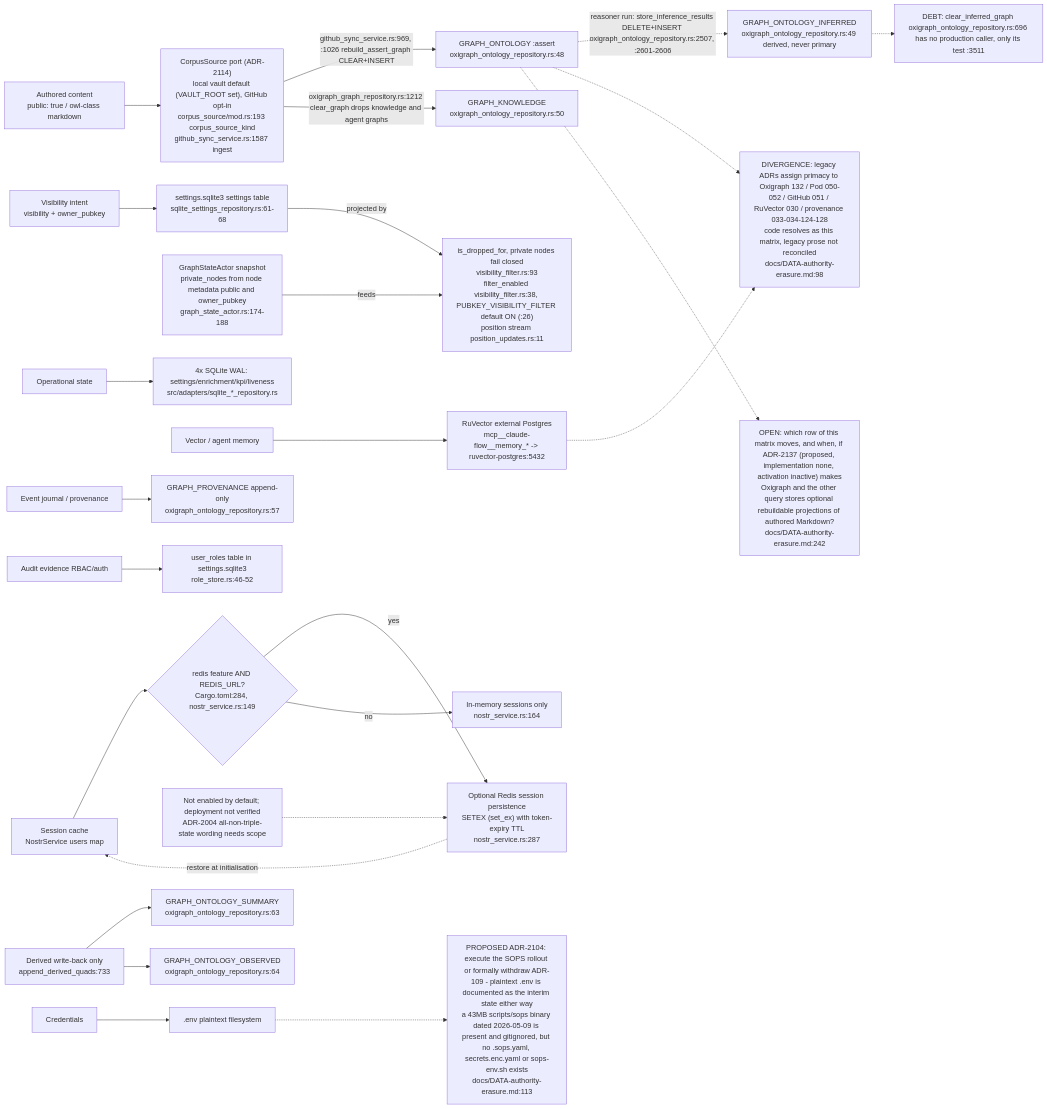
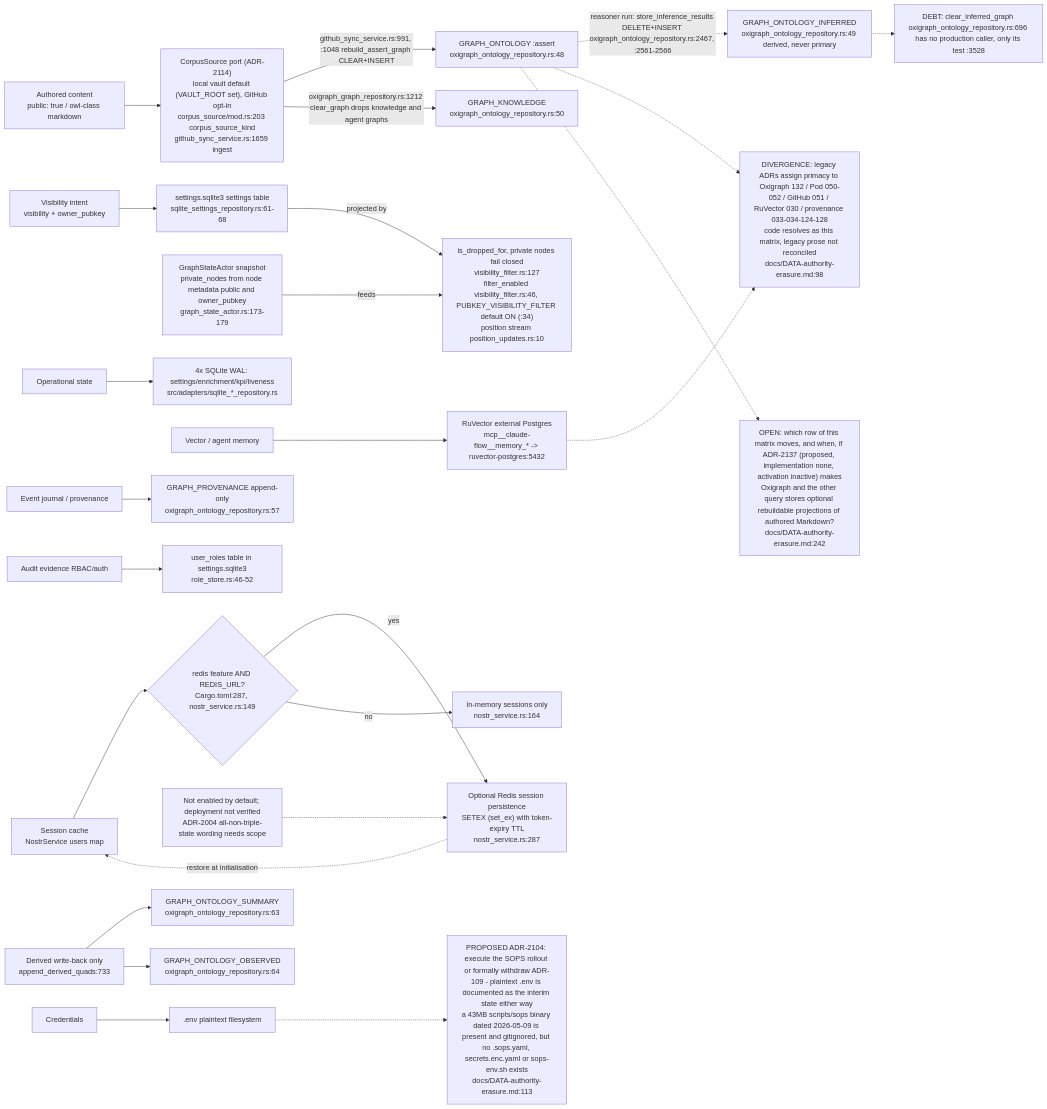
One commit to DreamLab-AI/VisionFlow changed the first of 13 diagrams in docs/diagrams/visionclaw/22-data-authority-provenance-erasure.md. Above: the diagram before and after it, drawn with Mermaid. The commit also changed other lines of this file and 56 other files, not shown here.

First line of the commit message:
docs(diagrams): re-verify VisionClaw topics at ec785afa9, add VC-19/56/57 and the VisionClaw register

````diff
--- a/docs/diagrams/visionclaw/22-data-authority-provenance-erasure.md
+++ b/docs/diagrams/visionclaw/22-data-authority-provenance-erasure.md
@@ -50,44 +62,44 @@
 ```mermaid
 flowchart LR
-    AuthContent["Authored content<br/>public: true / owl-class markdown"] --> CorpusSrc["CorpusSource port (ADR-2114)<br/>local vault default (VAULT_ROOT set), GitHub opt-in<br/>corpus_source/mod.rs:193 corpus_source_kind<br/>github_sync_service.rs:1587 ingest"]
-    CorpusSrc -->|"github_sync_service.rs:969, :1026 rebuild_assert_graph CLEAR+INSERT"| AssertGraph["GRAPH_ONTOLOGY :assert<br/>oxigraph_ontology_repository.rs:48"]
+    AuthContent["Authored content<br/>public: true / owl-class markdown"] --> CorpusSrc["CorpusSource port (ADR-2114)<br/>local vault default (VAULT_ROOT set), GitHub opt-in<br/>corpus_source/mod.rs:203 corpus_source_kind<br/>github_sync_service.rs:1659 ingest"]
+    CorpusSrc -->|"github_sync_service.rs:991, :1048 rebuild_assert_graph CLEAR+INSERT"| AssertGraph["GRAPH_ONTOLOGY :assert<br/>oxigraph_ontology_repository.rs:48"]
     CorpusSrc -->|"oxigraph_graph_repository.rs:1212 clear_graph drops knowledge and agent graphs"| KnowledgeGraph["GRAPH_KNOWLEDGE<br/>oxigraph_ontology_repository.rs:50"]
 
     VisIntent["Visibility intent<br/>visibility + owner_pubkey"] --> SettingsDB["settings.sqlite3 settings table<br/>sqlite_settings_repository.rs:61-68"]
-    SettingsDB -->|"projected by"| VisFilter["is_dropped_for, private nodes fail closed<br/>visibility_filter.rs:93<br/>filter_enabled visibility_filter.rs:38, PUBKEY_VISIBILITY_FILTER default ON (:26)<br/>position stream position_updates.rs:11"]
-    GraphActor["GraphStateActor snapshot<br/>private_nodes from node metadata public and owner_pubkey<br/>graph_state_actor.rs:174-188"] -->|"feeds"| VisFilter
+    SettingsDB -->|"projected by"| VisFilter["is_dropped_for, private nodes fail closed<br/>visibility_filter.rs:127<br/>filter_enabled visibility_filter.rs:46, PUBKEY_VISIBILITY_FILTER default ON (:34)<br/>position stream position_updates.rs:10"]
+    GraphActor["GraphStateActor snapshot<br/>private_nodes from node metadata public and owner_pubkey<br/>graph_state_actor.rs:173-179"] -->|"feeds"| VisFilter
 
-    AssertGraph -.->|"reasoner run: store_inference_results DELETE+INSERT oxigraph_ontology_repository.rs:2507, :2601-2606"| InferredGraph["GRAPH_ONTOLOGY_INFERRED<br/>oxigraph_ontology_repository.rs:49 derived, never primary"]
+    AssertGraph -.->|"reasoner run: store_inference_results DELETE+INSERT oxigraph_ontology_repository.rs:2467, :2561-2566"| InferredGraph["GRAPH_ONTOLOGY_INFERRED<br/>oxigraph_ontology_repository.rs:49 derived, never primary"]
 
     OpState["Operational state"] --> SqliteFour["4x SQLite WAL: settings/enrichment/kpi/liveness<br/>src/adapters/sqlite_*_repository.rs"]
 
     VectorMem["Vector / agent memory"] --> RuVector["RuVector external Postgres<br/>mcp__claude-flow__memory_* -> ruvector-postgres:5432"]
 
     EventJournal["Event journal / provenance"] --> ProvGraph["GRAPH_PROVENANCE append-only<br/>oxigraph_ontology_repository.rs:57"]
 
     AuditRBAC["Audit evidence RBAC/auth"] --> RoleTable["user_roles table in settings.sqlite3<br/>role_store.rs:46-52"]
 
-    Sessions["Session cache<br/>NostrService users map"] --> RedisGate{"redis feature AND REDIS_URL?<br/>Cargo.toml:284, nostr_service.rs:149"}
+    Sessions["Session cache<br/>NostrService users map"] --> RedisGate{"redis feature AND REDIS_URL?<br/>Cargo.toml:287, nostr_service.rs:149"}
     RedisGate -->|yes| Redis["Optional Redis session persistence<br/>SETEX (set_ex) with token-expiry TTL<br/>nostr_service.rs:287"]
     RedisGate -->|no| Memory["In-memory sessions only<br/>nostr_service.rs:164"]
     Redis -.->|"restore at initialisation"| Sessions
     RedisScope["Not enabled by default; deployment not verified<br/>ADR-2004 all-non-triple-state wording needs scope"] -.-> Redis
 
     Credentials["Credentials"] --> DotEnv[".env plaintext filesystem"]
 
     DerivedWB["Derived write-back only<br/>append_derived_quads:733"] --> SummaryGraph["GRAPH_ONTOLOGY_SUMMARY<br/>oxigraph_ontology_repository.rs:63"]
     DerivedWB --> ObservedGraph["GRAPH_ONTOLOGY_OBSERVED<br/>oxigraph_ontology_repository.rs:64"]
 
     DivLegacy["DIVERGENCE: legacy ADRs assign primacy to Oxigraph 132 / Pod 050-052 / GitHub 051 / RuVector 030 / provenance 033-034-124-128<br/>code resolves as this matrix, legacy prose not reconciled<br/>docs/DATA-authority-erasure.md:98"]
     AssertGraph -.-> DivLegacy
     RuVector -.-> DivLegacy
 
     DivCreds["PROPOSED ADR-2104: execute the SOPS rollout or formally withdraw ADR-109 - plaintext .env is documented as the interim state either way<br/>a 43MB scripts/sops binary dated 2026-05-09 is present and gitignored, but no .sops.yaml, secrets.enc.yaml or sops-env.sh exists<br/>docs/DATA-authority-erasure.md:113"]
     DotEnv -.-> DivCreds
 
-    DebtClear["DEBT: clear_inferred_graph oxigraph_ontology_repository.rs:696 has no production caller, only its test :3511"]
+    DebtClear["DEBT: clear_inferred_graph oxigraph_ontology_repository.rs:696 has no production caller, only its test :3528"]
     InferredGraph -.-> DebtClear
 
     DivWorkspace["OPEN: which row of this matrix moves, and when, if ADR-2137 (proposed, implementation none, activation inactive) makes<br/>Oxigraph and the other query stores optional rebuildable projections of authored Markdown?<br/>docs/DATA-authority-erasure.md:242"]
     AssertGraph -.-> DivWorkspace
 ```
````
